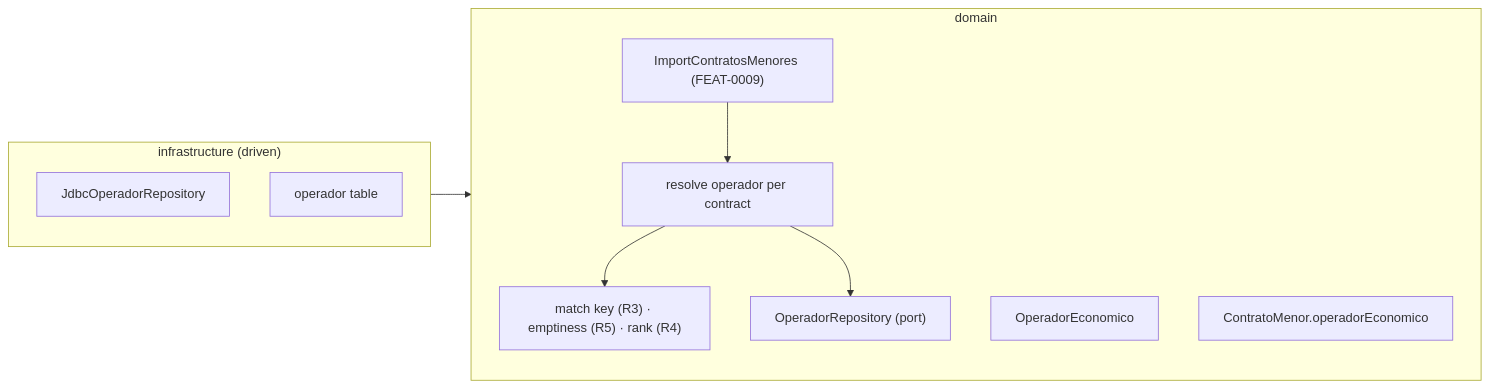
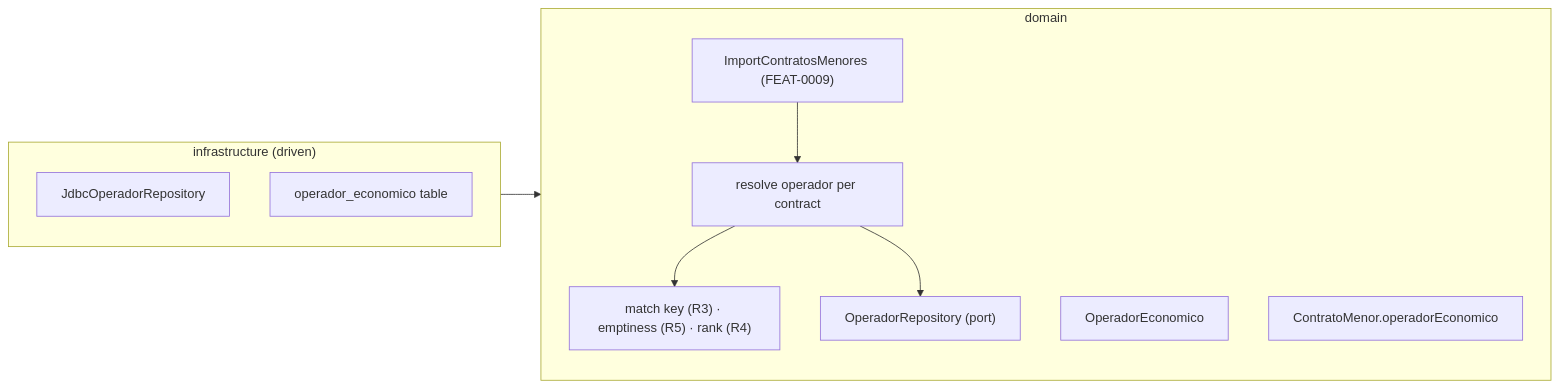
The first of 2 diagrams in docs/features/FEAT-0010-operadores-economicos-base/README.md (earelin/conxugal), drawn with Mermaid before and after one commit. The commit also changed other lines of this file and 8 other files, not shown here.

````diff
--- a/docs/features/FEAT-0010-operadores-economicos-base/README.md
+++ b/docs/features/FEAT-0010-operadores-economicos-base/README.md
@@ -96,19 +98,19 @@
 ```mermaid
 flowchart LR
     subgraph domain["domain"]
         importUseCase["ImportContratosMenores (FEAT-0009)"]
         derive["resolve operador per contract"]
         rules["match key (R3) · emptiness (R5) · rank (R4)"]
         operador["OperadorEconomico"]
         operadorRepo["OperadorRepository (port)"]
         contrato["ContratoMenor.operadorEconomico"]
     end
     subgraph infrastructure["infrastructure (driven)"]
         jdbc["JdbcOperadorRepository"]
-        migration["operador table"]
+        migration["operador_economico table"]
     end
     importUseCase --> derive
     derive --> rules
     derive --> operadorRepo
     infrastructure --> domain
 ```
````
